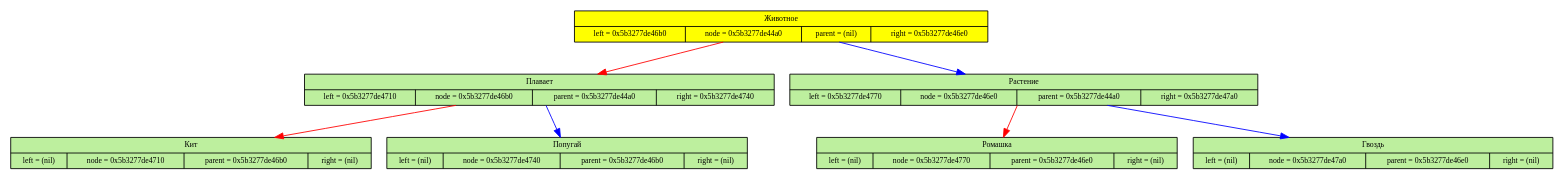
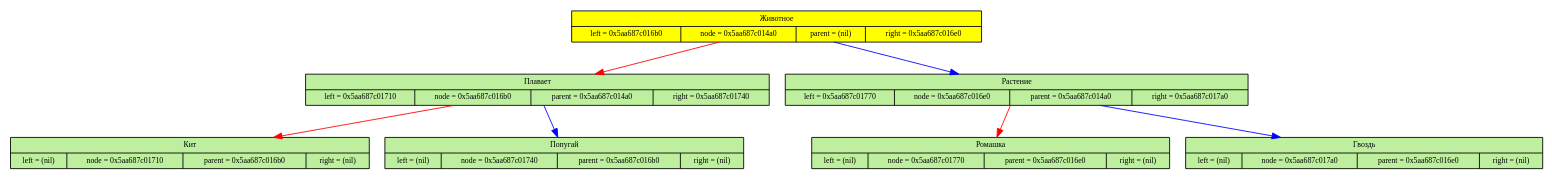
The diagram in okinator.dot (Alexandr26Starostin/okinator), drawn with Graphviz before and after one commit. The commit also changed 7 other files, not shown here.

```diff
--- a/okinator.dot
+++ b/okinator.dot
@@ -1,37 +1,37 @@
 digraph
 {
 	node[fontsize=9]
 
-	node_0x5b3277de44a0 [shape=record, label = "{Животное| {left = 0x5b3277de46b0 | node = 0x5b3277de44a0 | parent = (nil) | right = 0x5b3277de46e0}}" style="filled",fillcolor="yellow"]
+	node_0x5aa687c014a0 [shape=record, label = "{Животное| {left = 0x5aa687c016b0 | node = 0x5aa687c014a0 | parent = (nil) | right = 0x5aa687c016e0}}" style="filled",fillcolor="yellow"]
 
-	node_0x5b3277de46b0 [shape=record, label = "{Плавает| {left = 0x5b3277de4710 | node = 0x5b3277de46b0 | parent = 0x5b3277de44a0 | right = 0x5b3277de4740}}" style="filled",fillcolor="#BDEF9E"]
+	node_0x5aa687c016b0 [shape=record, label = "{Плавает| {left = 0x5aa687c01710 | node = 0x5aa687c016b0 | parent = 0x5aa687c014a0 | right = 0x5aa687c01740}}" style="filled",fillcolor="#BDEF9E"]
 
 	edge[color="red",fontsize=12]
-	node_0x5b3277de44a0 -> node_0x5b3277de46b0
+	node_0x5aa687c014a0 -> node_0x5aa687c016b0
 
-	node_0x5b3277de4710 [shape=record, label = "{Кит| {left = (nil) | node = 0x5b3277de4710 | parent = 0x5b3277de46b0 | right = (nil)}}" style="filled",fillcolor="#BDEF9E"]
+	node_0x5aa687c01710 [shape=record, label = "{Кит| {left = (nil) | node = 0x5aa687c01710 | parent = 0x5aa687c016b0 | right = (nil)}}" style="filled",fillcolor="#BDEF9E"]
 
 	edge[color="red",fontsize=12]
-	node_0x5b3277de46b0 -> node_0x5b3277de4710
+	node_0x5aa687c016b0 -> node_0x5aa687c01710
 
-	node_0x5b3277de4740 [shape=record, label = "{Попугай| {left = (nil) | node = 0x5b3277de4740 | parent = 0x5b3277de46b0 | right = (nil)}}" style="filled",fillcolor="#BDEF9E"]
+	node_0x5aa687c01740 [shape=record, label = "{Попугай| {left = (nil) | node = 0x5aa687c01740 | parent = 0x5aa687c016b0 | right = (nil)}}" style="filled",fillcolor="#BDEF9E"]
 
 	edge[color="blue",fontsize=12]
-	node_0x5b3277de46b0 -> node_0x5b3277de4740
+	node_0x5aa687c016b0 -> node_0x5aa687c01740
 
-	node_0x5b3277de46e0 [shape=record, label = "{Растение| {left = 0x5b3277de4770 | node = 0x5b3277de46e0 | parent = 0x5b3277de44a0 | right = 0x5b3277de47a0}}" style="filled",fillcolor="#BDEF9E"]
+	node_0x5aa687c016e0 [shape=record, label = "{Растение| {left = 0x5aa687c01770 | node = 0x5aa687c016e0 | parent = 0x5aa687c014a0 | right = 0x5aa687c017a0}}" style="filled",fillcolor="#BDEF9E"]
 
 	edge[color="blue",fontsize=12]
-	node_0x5b3277de44a0 -> node_0x5b3277de46e0
+	node_0x5aa687c014a0 -> node_0x5aa687c016e0
 
-	node_0x5b3277de4770 [shape=record, label = "{Ромашка| {left = (nil) | node = 0x5b3277de4770 | parent = 0x5b3277de46e0 | right = (nil)}}" style="filled",fillcolor="#BDEF9E"]
+	node_0x5aa687c01770 [shape=record, label = "{Ромашка| {left = (nil) | node = 0x5aa687c01770 | parent = 0x5aa687c016e0 | right = (nil)}}" style="filled",fillcolor="#BDEF9E"]
 
 	edge[color="red",fontsize=12]
-	node_0x5b3277de46e0 -> node_0x5b3277de4770
+	node_0x5aa687c016e0 -> node_0x5aa687c01770
 
-	node_0x5b3277de47a0 [shape=record, label = "{Гвоздь| {left = (nil) | node = 0x5b3277de47a0 | parent = 0x5b3277de46e0 | right = (nil)}}" style="filled",fillcolor="#BDEF9E"]
+	node_0x5aa687c017a0 [shape=record, label = "{Гвоздь| {left = (nil) | node = 0x5aa687c017a0 | parent = 0x5aa687c016e0 | right = (nil)}}" style="filled",fillcolor="#BDEF9E"]
 
 	edge[color="blue",fontsize=12]
-	node_0x5b3277de46e0 -> node_0x5b3277de47a0
+	node_0x5aa687c016e0 -> node_0x5aa687c017a0
 
 	}
```
